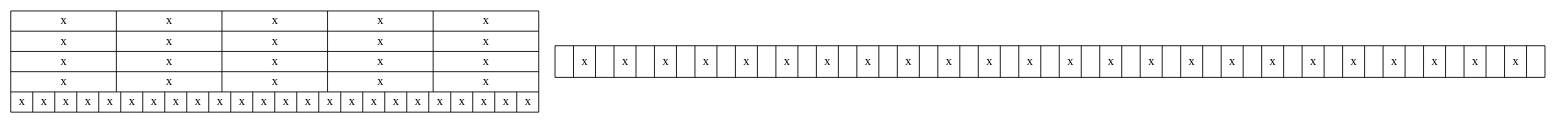
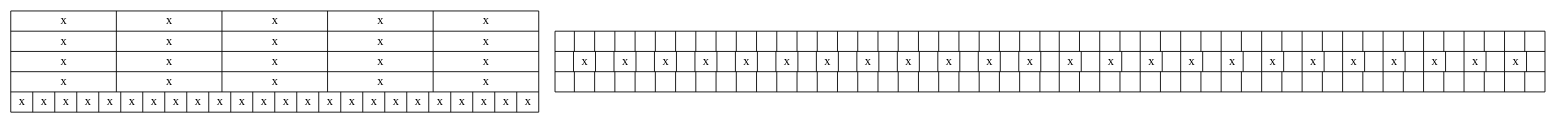
Before and after one commit to alslug/alslug.dk: the diagram in projekter/patch-paneler.dot, drawn with Graphviz.

```diff
--- a/projekter/patch-paneler.dot
+++ b/projekter/patch-paneler.dot
@@ -1,15 +1,17 @@
 digraph xxx {
   bib_patch [ shape=record label="{
   					{
 						{x|x|x|x}|
 						{x|x|x|x}|
 						{x|x|x|x}|
 						{x|x|x|x}|
 						{x|x|x|x}
 					}|
 					{x|x|x|x|x|x|x|x|x|x|x|x|x|x|x|x|x|x|x|x|x|x|x|x}
 					}" ];
   alslug_patch [ shape=record label="{
-					{|x||x||x||x||x||x||x||x||x||x||x||x||x||x||x||x||x||x||x||x||x||x||x||x|}
+					{ | | | | | | | | | | | | | | | | | | | | | | | | | | | | | | | | | | | | | | | | | | | | | | | | }|
+					{ |x| |x| |x| |x| |x| |x| |x| |x| |x| |x| |x| |x| |x| |x| |x| |x| |x| |x| |x| |x| |x| |x| |x| |x| }|
+					{ | | | | | | | | | | | | | | | | | | | | | | | | | | | | | | | | | | | | | | | | | | | | | | | | }
           }" ];  
 }
```
